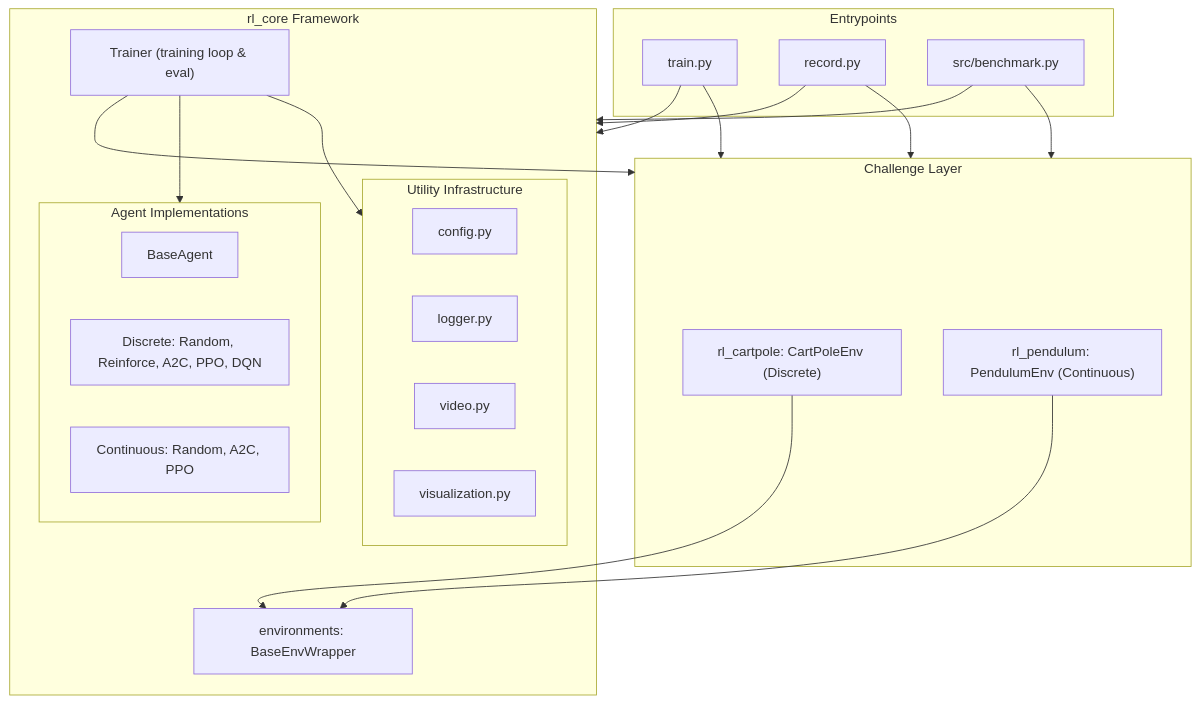
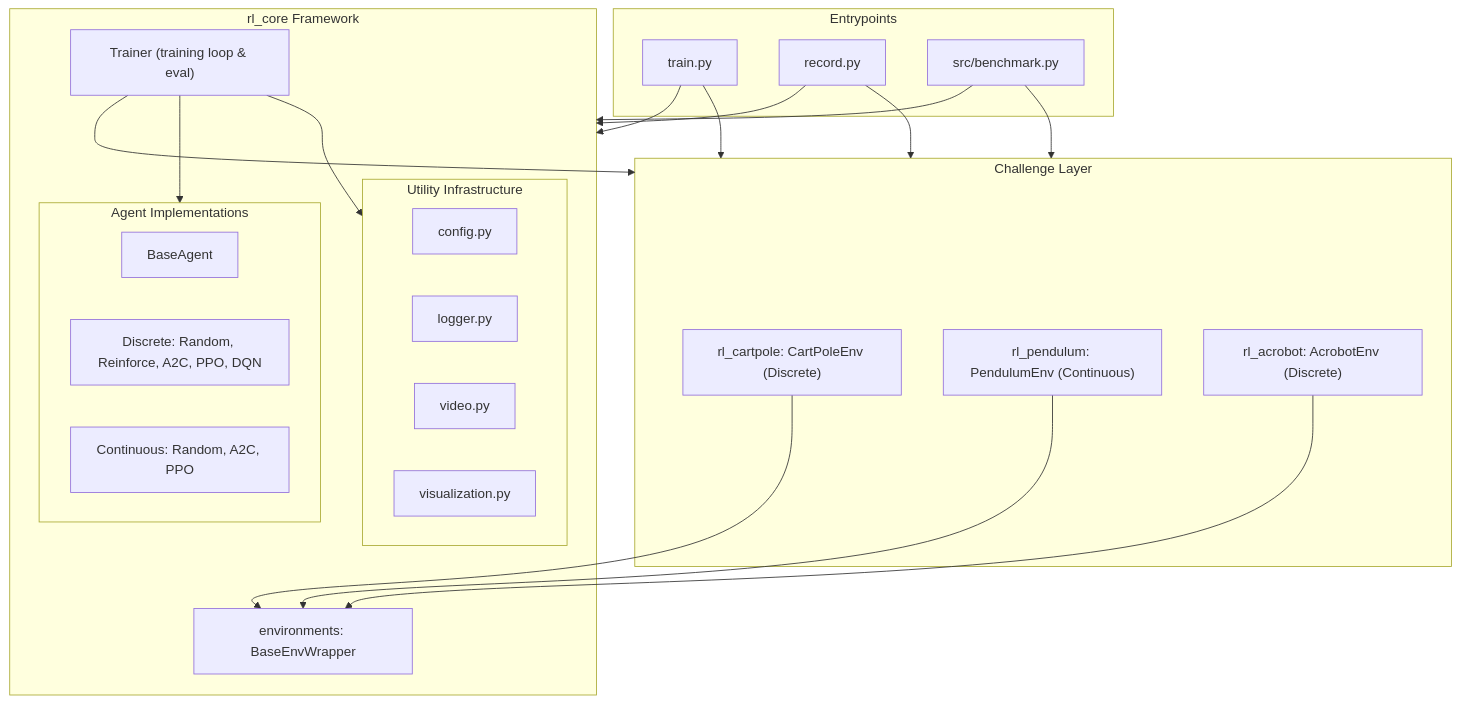
The first of 3 diagrams in ARCHITECTURE.md (andreijw/AI), drawn with Mermaid before and after one commit. The commit also changed other lines of this file and 24 other files, not shown here.

````diff
--- a/ARCHITECTURE.md
+++ b/ARCHITECTURE.md
@@ -85,44 +85,46 @@
 ```mermaid
 flowchart TD
     subgraph CLI ["Entrypoints"]
         Train["train.py"]
         Record["record.py"]
         Bench["src/benchmark.py"]
     end
 
     subgraph Challenges ["Challenge Layer"]
         CartPole["rl_cartpole: CartPoleEnv (Discrete)"]
         Pendulum["rl_pendulum: PendulumEnv (Continuous)"]
+        Acrobot["rl_acrobot: AcrobotEnv (Discrete)"]
     end
 
     subgraph Core ["rl_core Framework"]
         Trainer["Trainer (training loop & eval)"]
         
         subgraph Agents ["Agent Implementations"]
             BaseAgent["BaseAgent"]
             DiscreteAgents["Discrete: Random, Reinforce, A2C, PPO, DQN"]
             ContinuousAgents["Continuous: Random, A2C, PPO"]
         end
 
         EnvBase["environments: BaseEnvWrapper"]
 
         subgraph Utils ["Utility Infrastructure"]
             Config["config.py"]
             Logger["logger.py"]
             Video["video.py"]
             Viz["visualization.py"]
         end
     end
 
     Train --> Core
     Record --> Core
     Bench --> Core
     Train --> Challenges
     Record --> Challenges
     Bench --> Challenges
     Trainer --> Challenges
     Trainer --> Agents
     Trainer --> Utils
     CartPole --> EnvBase
     Pendulum --> EnvBase
+    Acrobot --> EnvBase
 ```
````
